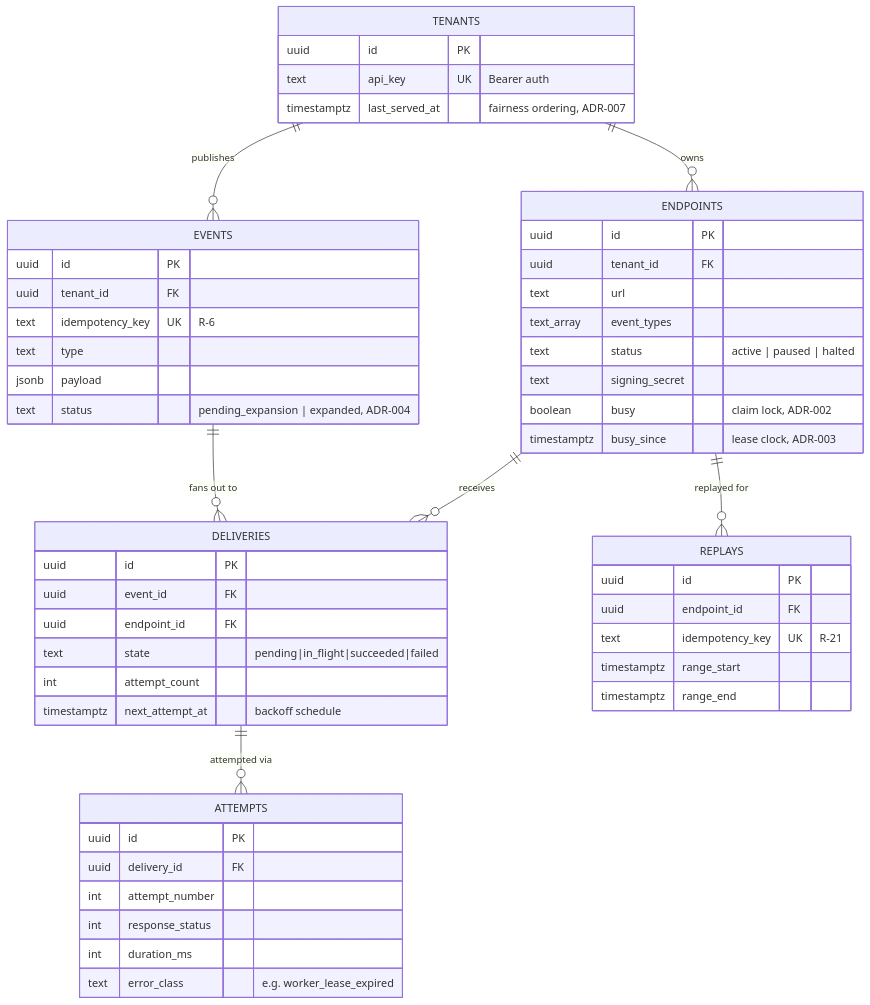
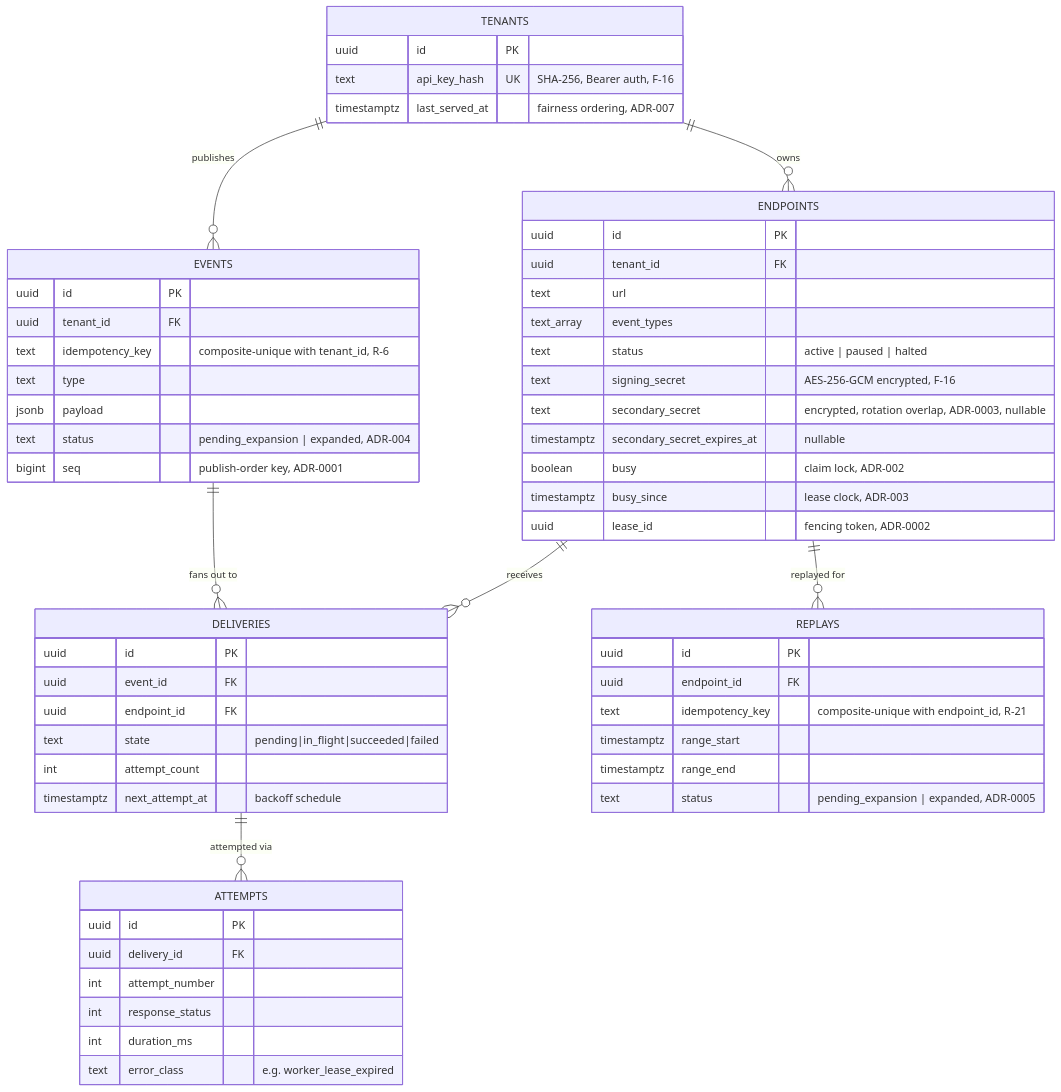
One commit to hyetigran/st6_webhooks changed the second of 8 diagrams in ARCHITECTURE.md. Above: the diagram before and after it, drawn with Mermaid. The commit also changed other lines of this file and 37 other files, not shown here.

````diff
--- a/ARCHITECTURE.md
+++ b/ARCHITECTURE.md
@@ -54,56 +54,61 @@
 ```mermaid
 erDiagram
     TENANTS ||--o{ ENDPOINTS : owns
     TENANTS ||--o{ EVENTS : publishes
     ENDPOINTS ||--o{ DELIVERIES : receives
     EVENTS ||--o{ DELIVERIES : "fans out to"
     DELIVERIES ||--o{ ATTEMPTS : "attempted via"
     ENDPOINTS ||--o{ REPLAYS : "replayed for"
 
     TENANTS {
         uuid id PK
-        text api_key UK "Bearer auth"
+        text api_key_hash UK "SHA-256, Bearer auth, F-16"
         timestamptz last_served_at "fairness ordering, ADR-007"
     }
     ENDPOINTS {
         uuid id PK
         uuid tenant_id FK
         text url
         text_array event_types
         text status "active | paused | halted"
-        text signing_secret
+        text signing_secret "AES-256-GCM encrypted, F-16"
+        text secondary_secret "encrypted, rotation overlap, ADR-0003, nullable"
+        timestamptz secondary_secret_expires_at "nullable"
         boolean busy "claim lock, ADR-002"
         timestamptz busy_since "lease clock, ADR-003"
+        uuid lease_id "fencing token, ADR-0002"
     }
     EVENTS {
         uuid id PK
         uuid tenant_id FK
-        text idempotency_key UK "R-6"
+        text idempotency_key "composite-unique with tenant_id, R-6"
         text type
         jsonb payload
         text status "pending_expansion | expanded, ADR-004"
+        bigint seq "publish-order key, ADR-0001"
     }
     DELIVERIES {
         uuid id PK
         uuid event_id FK
         uuid endpoint_id FK
         text state "pending|in_flight|succeeded|failed"
         int attempt_count
         timestamptz next_attempt_at "backoff schedule"
     }
     ATTEMPTS {
         uuid id PK
         uuid delivery_id FK
         int attempt_number
         int response_status
         int duration_ms
         text error_class "e.g. worker_lease_expired"
     }
     REPLAYS {
         uuid id PK
         uuid endpoint_id FK
-        text idempotency_key UK "R-21"
+        text idempotency_key "composite-unique with endpoint_id, R-21"
         timestamptz range_start
         timestamptz range_end
+        text status "pending_expansion | expanded, ADR-0005"
     }
 ```
````
